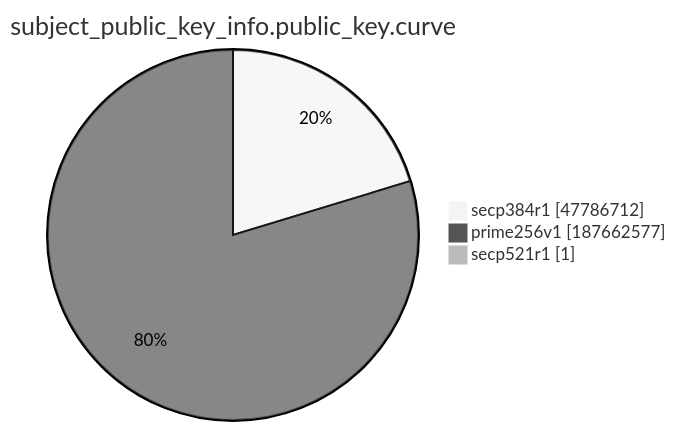
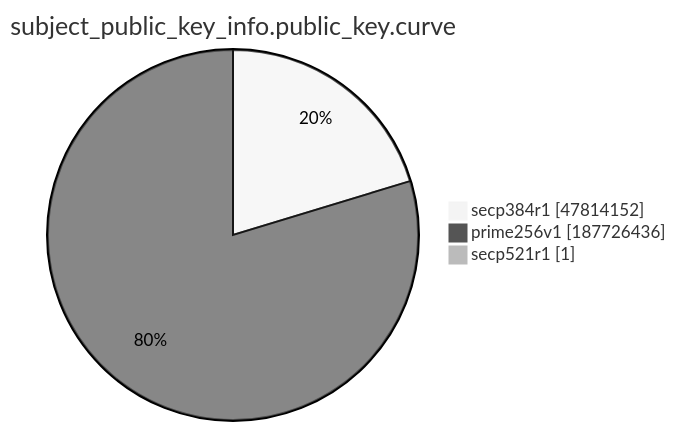
Before and after one commit to christiankrug/ctmonitor_visualization: the ninth of 15 diagrams in xenon2022/README.md, drawn with Mermaid (neutral theme). The commit also changed other lines of this file, not shown here.

````diff
--- a/xenon2022/README.md
+++ b/xenon2022/README.md
@@ -2874,7 +2874,7 @@
 ```mermaid
 pie showData
 title subject_public_key_info.public_key.curve
-"secp384r1" :47786712
-"prime256v1" :187662577
+"secp384r1" :47814152
+"prime256v1" :187726436
 "secp521r1" :1
 ```
````
